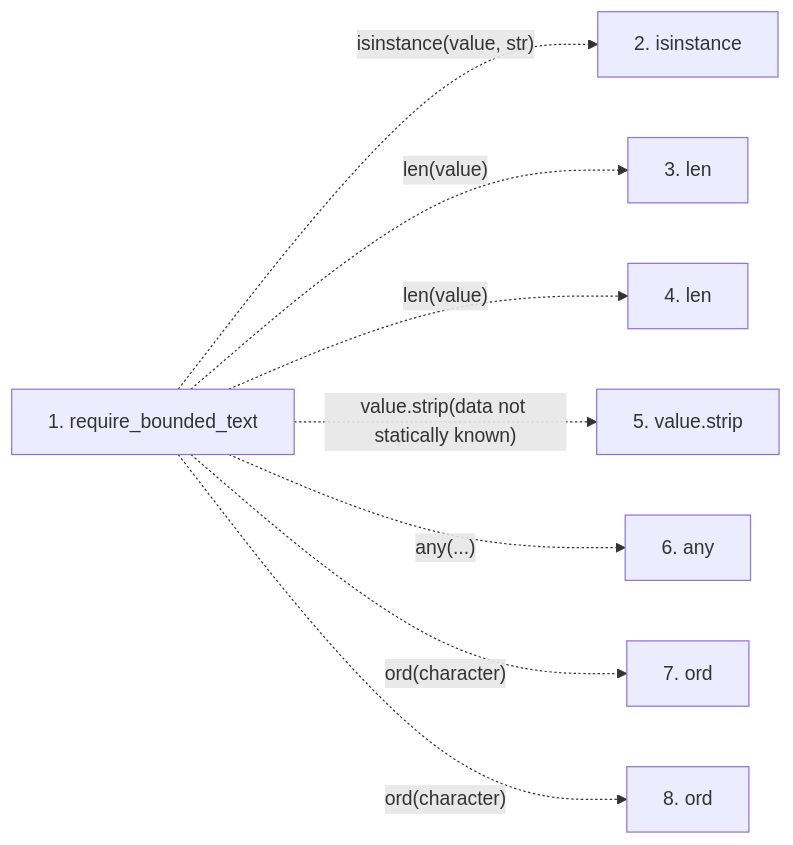
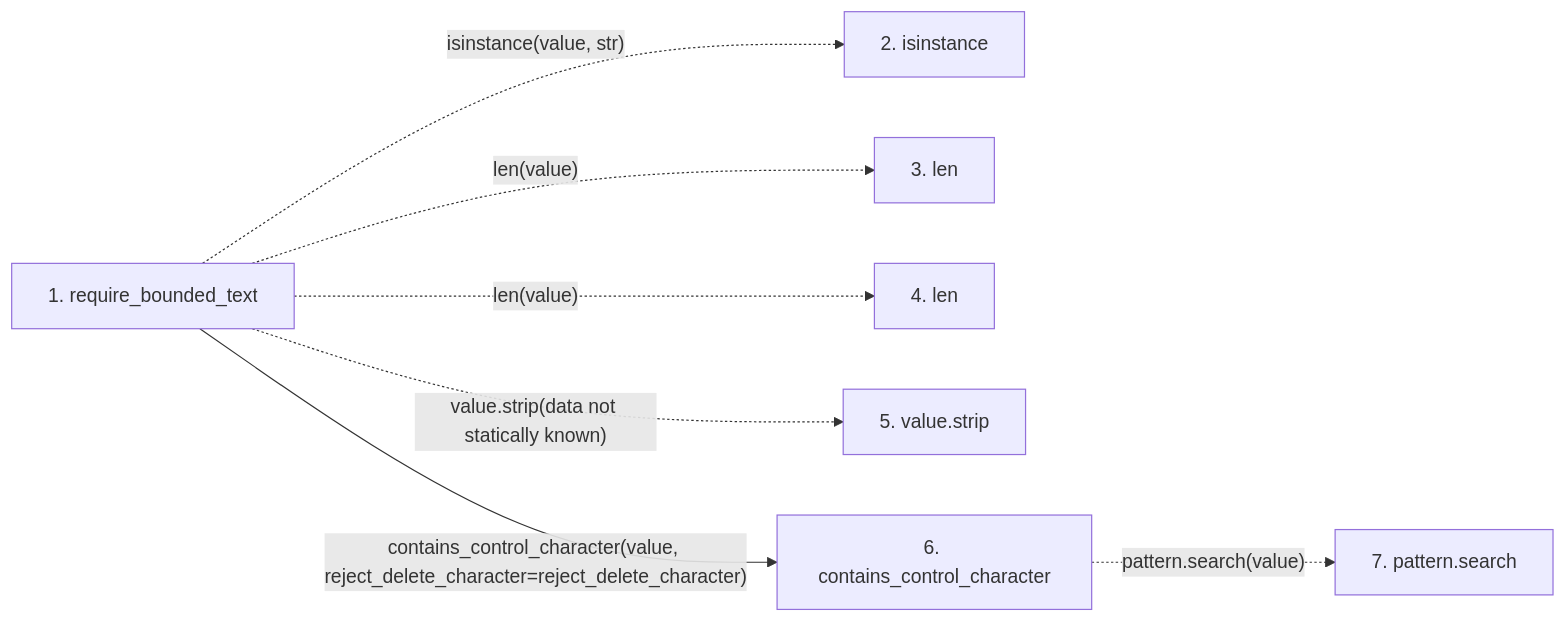
Before and after one commit to Denissvgn/python-wiki-llm: the second of 2 diagrams in docs/llm_wiki/flows/api-require_bounded_text.md, drawn with Mermaid. The commit also changed other lines of this file and 865 other files, not shown here.

````diff
--- a/docs/llm_wiki/flows/api-require_bounded_text.md
+++ b/docs/llm_wiki/flows/api-require_bounded_text.md
@@ -30,19 +29,18 @@
 ```mermaid
 flowchart LR
     s1["1. require_bounded_text"]
     s2["2. isinstance"]
     s3["3. len"]
     s4["4. len"]
     s5["5. value.strip"]
-    s6["6. any"]
-    s7["7. ord"]
-    s8["8. ord"]
+    s6["6. contains_control_character"]
+    s7["7. pattern.search"]
     s1 -. "isinstance(value, str)" .-> s2
     s1 -. "len(value)" .-> s3
     s1 -. "len(value)" .-> s4
     s1 -. "value.strip(data not statically known)" .-> s5
-    s1 -. "any(...)" .-> s6
-    s1 -. "ord(character)" .-> s7
-    s1 -. "ord(character)" .-> s8
+    s1 -->|"contains_control_character(value, reject_delete_character=reject_delete_character)"| s6
+    s6 -. "pattern.search(value)" .-> s7
     click s1 "../modules/validation.md"
+    click s6 "../modules/validation.md"
 ```
````
